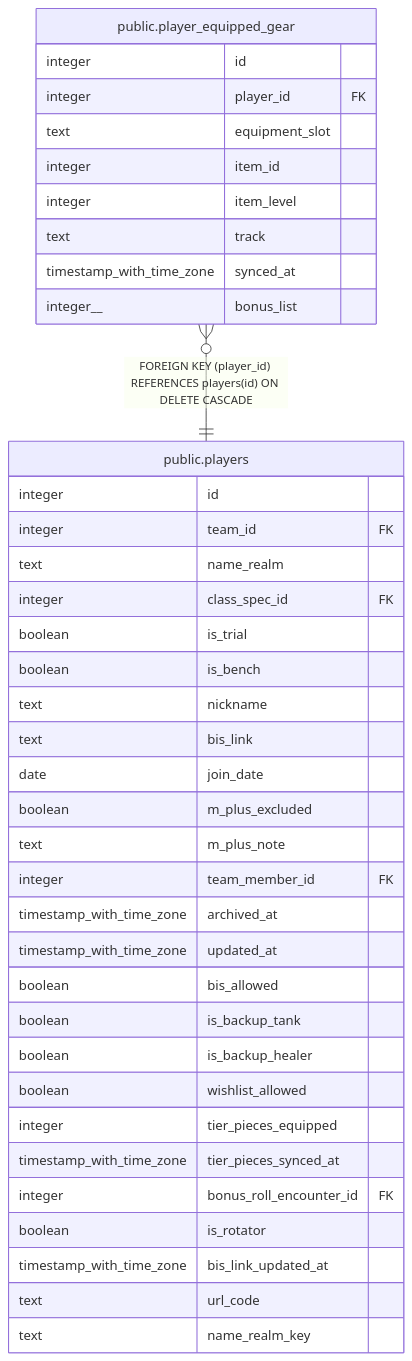
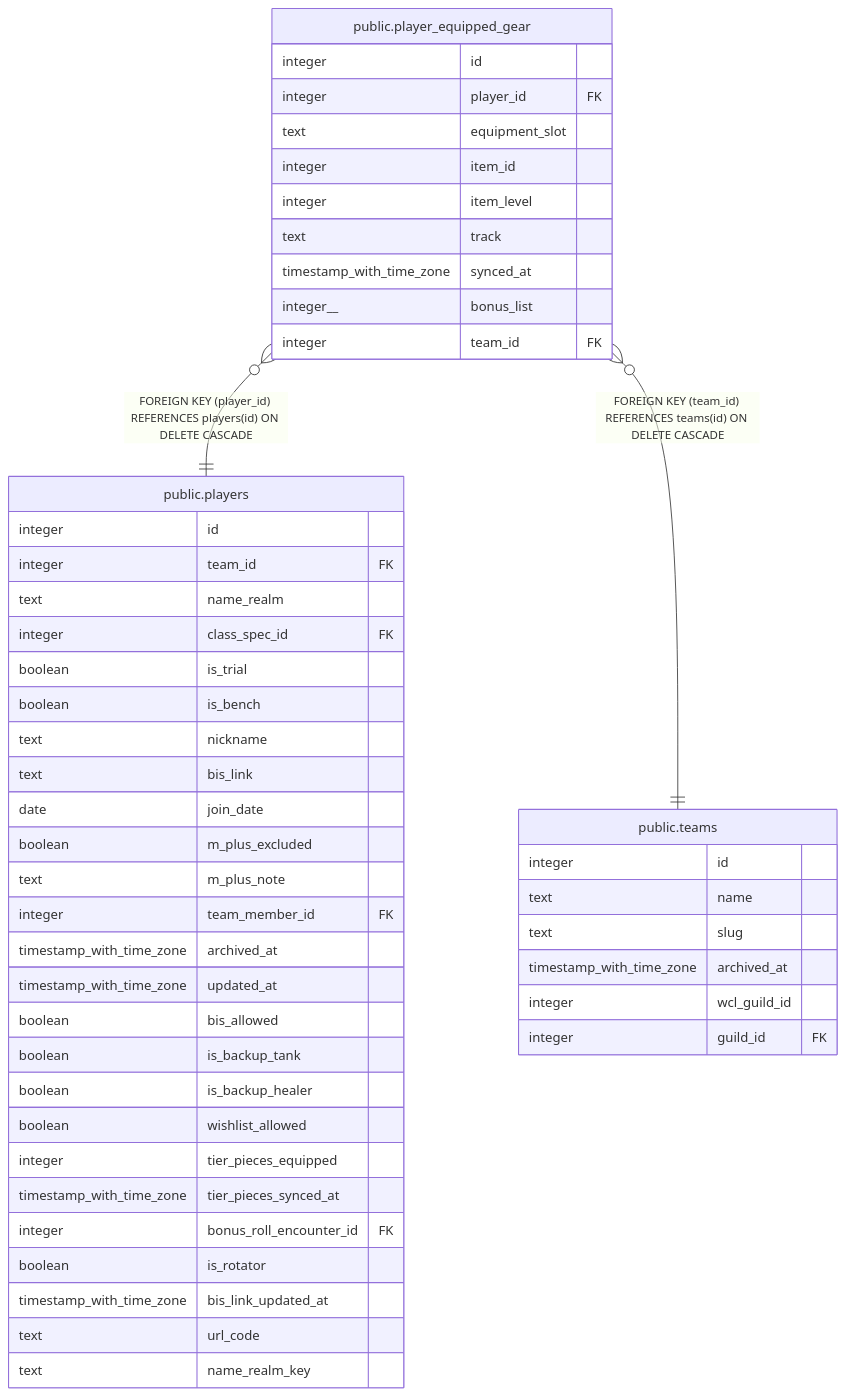
One commit to katogaming88/WGA-Raid-Hub changed the diagram in dbdoc/public.player_equipped_gear.md. Above: the diagram before and after it, drawn with Mermaid. The commit also changed other lines of this file and 49 other files, not shown here.

First line of the commit message:
scoring and player_equipped_gear carry team_id, and every two-key table runs the team check (v3.144.0) (#1255)

````diff
--- a/dbdoc/public.player_equipped_gear.md
+++ b/dbdoc/public.player_equipped_gear.md
@@ -37,43 +45,53 @@
 ```mermaid
 erDiagram
 
 "public.player_equipped_gear" }o--|| "public.players" : "FOREIGN KEY (player_id) REFERENCES players(id) ON DELETE CASCADE"
+"public.player_equipped_gear" }o--|| "public.teams" : "FOREIGN KEY (team_id) REFERENCES teams(id) ON DELETE CASCADE"
 
 "public.player_equipped_gear" {
   integer id
   integer player_id FK
   text equipment_slot
   integer item_id
   integer item_level
   text track
   timestamp_with_time_zone synced_at
   integer__ bonus_list
+  integer team_id FK
 }
 "public.players" {
   integer id
   integer team_id FK
   text name_realm
   integer class_spec_id FK
   boolean is_trial
   boolean is_bench
   text nickname
   text bis_link
   date join_date
   boolean m_plus_excluded
   text m_plus_note
   integer team_member_id FK
   timestamp_with_time_zone archived_at
   timestamp_with_time_zone updated_at
   boolean bis_allowed
   boolean is_backup_tank
   boolean is_backup_healer
   boolean wishlist_allowed
   integer tier_pieces_equipped
   timestamp_with_time_zone tier_pieces_synced_at
   integer bonus_roll_encounter_id FK
   boolean is_rotator
   timestamp_with_time_zone bis_link_updated_at
   text url_code
   text name_realm_key
 }
+"public.teams" {
+  integer id
+  text name
+  text slug
+  timestamp_with_time_zone archived_at
+  integer wcl_guild_id
+  integer guild_id FK
+}
 ```
````
